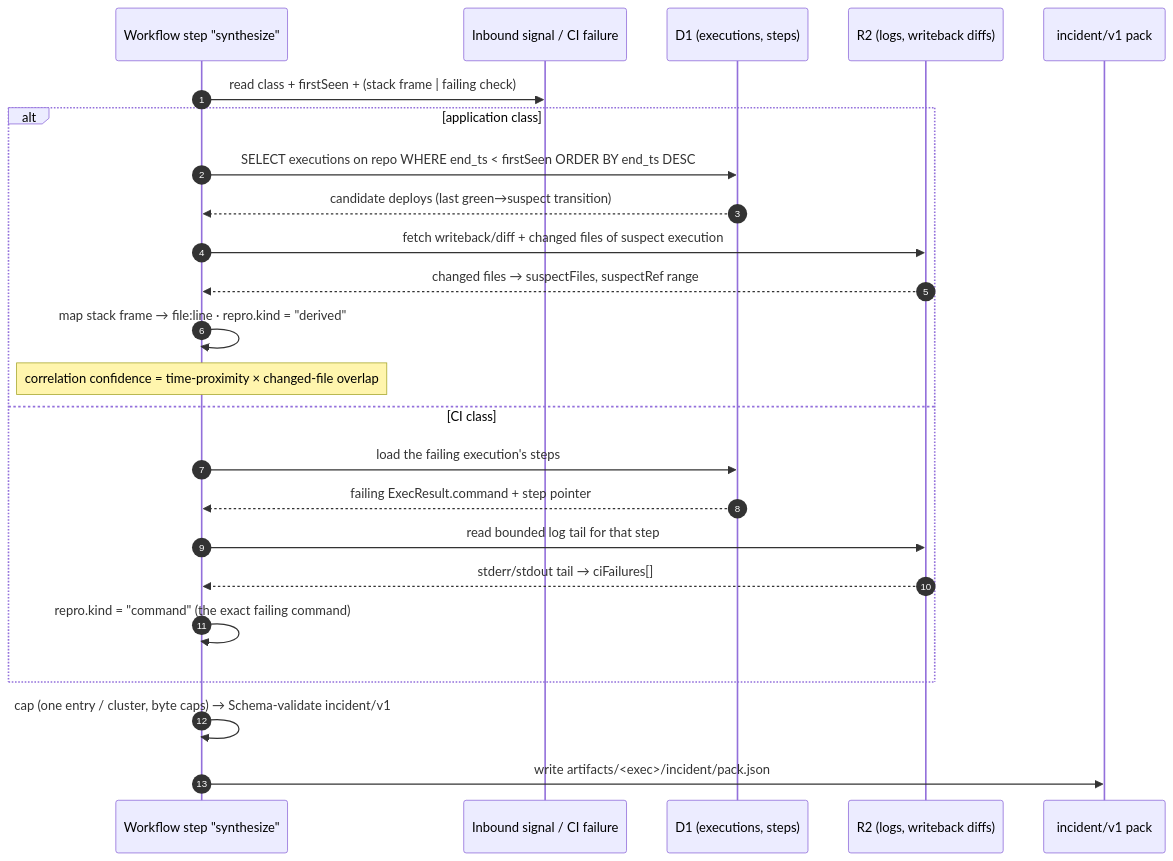
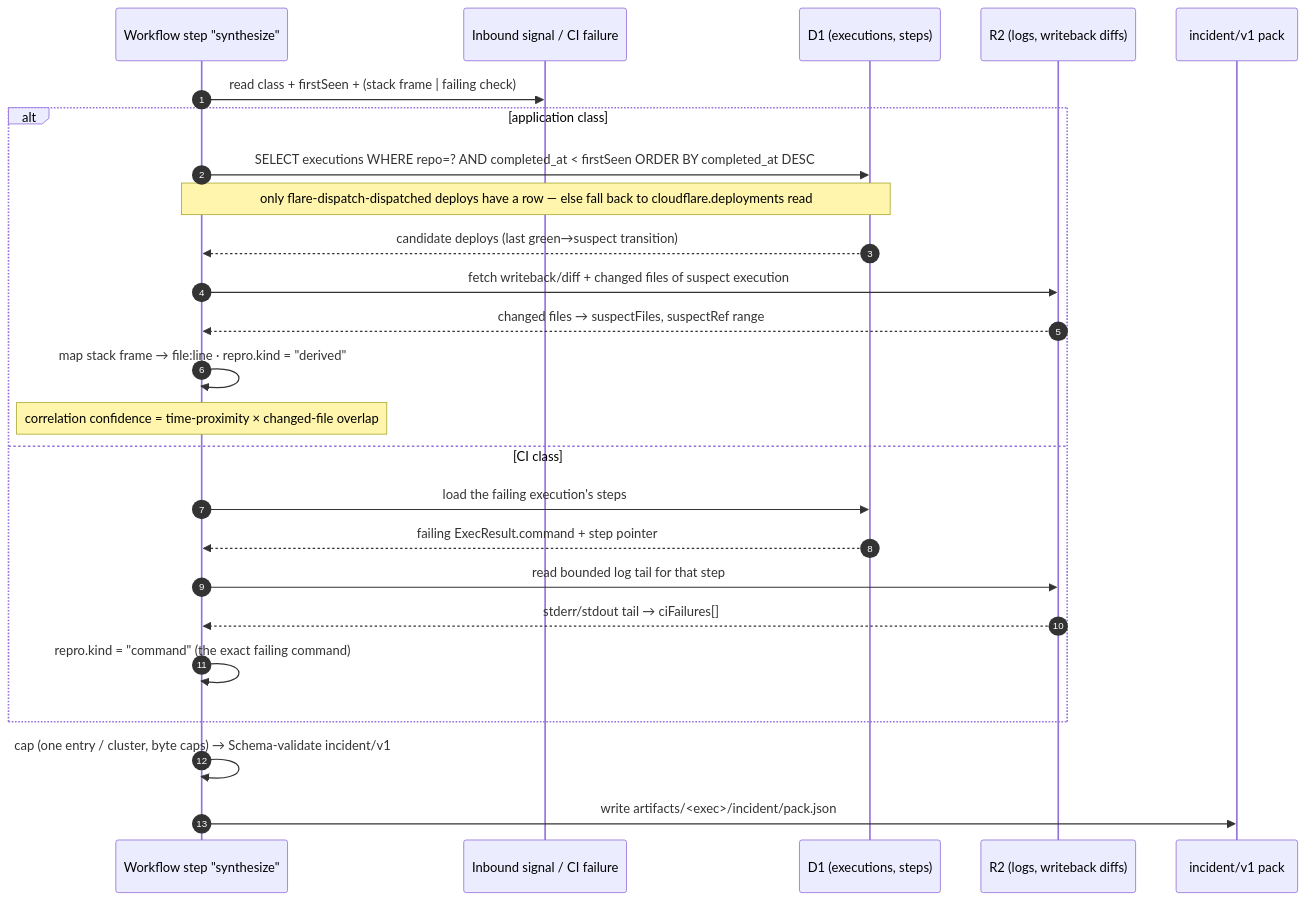
Before and after one commit to OpenHackersClub/flare-dispatch: the third of 7 diagrams in specs/08-self-healing.md, drawn with Mermaid. The commit also changed other lines of this file, not shown here.

````diff
--- a/specs/08-self-healing.md
+++ b/specs/08-self-healing.md
@@ -312,27 +322,28 @@
 ```mermaid
 sequenceDiagram
   autonumber
   participant WF as Workflow step "synthesize"
   participant SIG as Inbound signal / CI failure
   participant D1 as D1 (executions, steps)
   participant R2 as R2 (logs, writeback diffs)
   participant PK as incident/v1 pack
 
   WF->>SIG: read class + firstSeen + (stack frame | failing check)
   alt application class
-    WF->>D1: SELECT executions on repo WHERE end_ts < firstSeen ORDER BY end_ts DESC
+    WF->>D1: SELECT executions WHERE repo=? AND completed_at < firstSeen ORDER BY completed_at DESC
+    Note over WF,D1: only flare-dispatch-dispatched deploys have a row — else fall back to cloudflare.deployments read
     D1-->>WF: candidate deploys (last green→suspect transition)
     WF->>R2: fetch writeback/diff + changed files of suspect execution
     R2-->>WF: changed files → suspectFiles, suspectRef range
     WF->>WF: map stack frame → file:line · repro.kind = "derived"
     Note over WF: correlation confidence = time-proximity × changed-file overlap
   else CI class
     WF->>D1: load the failing execution's steps
     D1-->>WF: failing ExecResult.command + step pointer
     WF->>R2: read bounded log tail for that step
     R2-->>WF: stderr/stdout tail → ciFailures[]
     WF->>WF: repro.kind = "command" (the exact failing command)
   end
   WF->>WF: cap (one entry / cluster, byte caps) → Schema-validate incident/v1
   WF->>PK: write artifacts/<exec>/incident/pack.json
 ```
````
